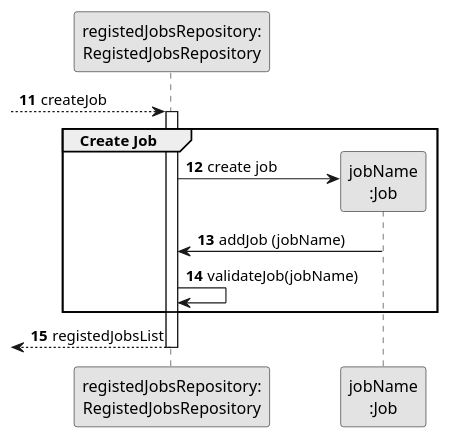
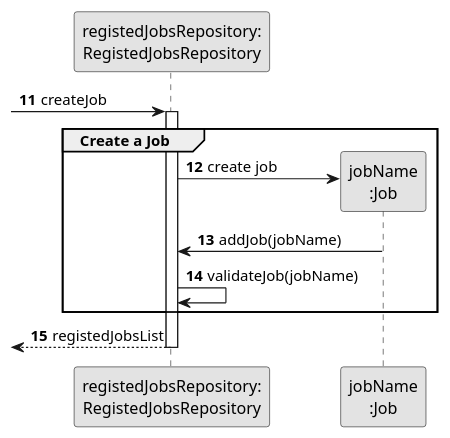
Before and after one commit to 1231360-ISEP/lei-24-s2-1db-g021: the diagram in docs/sprint2/us002/03.design/puml/us002-sequence-diagram-partial-create-job.puml, drawn with PlantUML. The commit also changed 2 other files, not shown here.

Commit message:
US2 - update the partial diagram (create job) and full diagram

```diff
--- a/docs/sprint2/us002/03.design/puml/us002-sequence-diagram-partial-create-job.puml
+++ b/docs/sprint2/us002/03.design/puml/us002-sequence-diagram-partial-create-job.puml
@@ -1,27 +1,27 @@
 @startuml
 skinparam monochrome true
 skinparam packageStyle rectangle
 skinparam shadowing false
 
 participant "registedJobsRepository:\nRegistedJobsRepository" as RegistedJobsRepository
 participant "jobName\n:Job" as PROFISSAO
 
 autonumber 11
---> RegistedJobsRepository: createJob
+-> RegistedJobsRepository: createJob
 activate RegistedJobsRepository
 
-    group Create Job
+    group Create a Job
 
         RegistedJobsRepository -> PROFISSAO**: create job
-        PROFISSAO -> RegistedJobsRepository: addJob (jobName)
+        PROFISSAO -> RegistedJobsRepository: addJob(jobName)
 
             RegistedJobsRepository -> RegistedJobsRepository: validateJob(jobName)
 
     end
 
     <-- RegistedJobsRepository : registedJobsList
 
 deactivate RegistedJobsRepository
 
 
 @enduml
```
